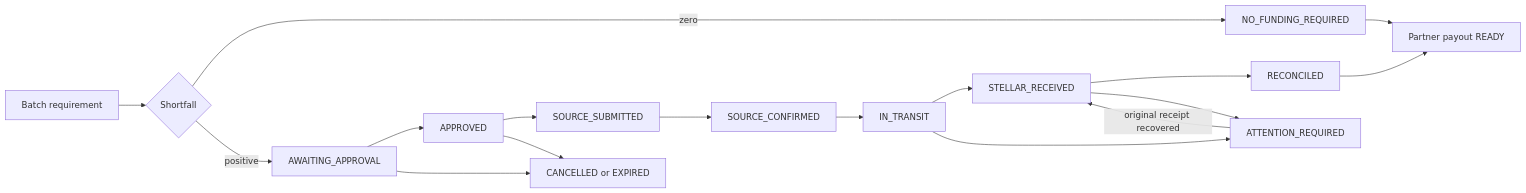
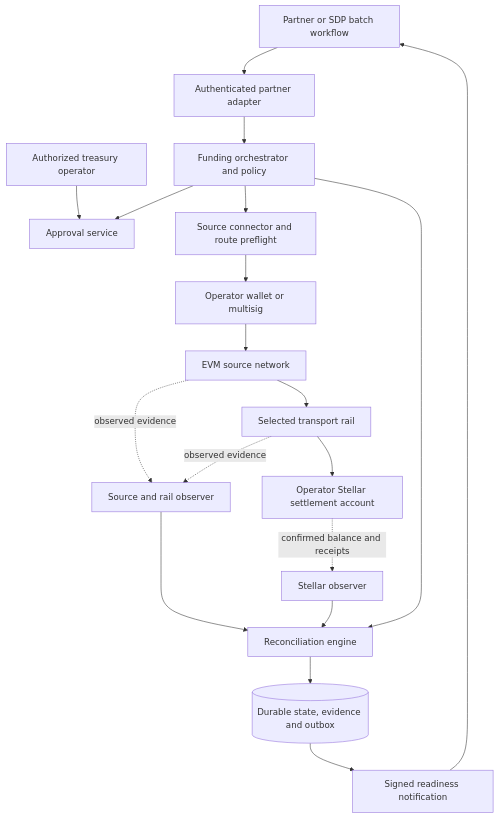
Before and after one commit to FLUX-STELLAR/Flux: the second of 4 diagrams in docs/ARCHITECTURE.md, drawn with Mermaid. The commit also changed other lines of this file and 3 other files, not shown here.

````diff
--- a/docs/ARCHITECTURE.md
+++ b/docs/ARCHITECTURE.md
@@ -29,19 +94,21 @@
 ```mermaid
-flowchart LR
-  A[Batch requirement] --> B{Shortfall}
-  B -->|zero| N[NO_FUNDING_REQUIRED]
-  B -->|positive| C[AWAITING_APPROVAL]
-  C --> D[APPROVED]
-  D --> E[SOURCE_SUBMITTED]
-  E --> F[SOURCE_CONFIRMED]
-  F --> G[IN_TRANSIT]
-  G --> H[STELLAR_RECEIVED]
-  H --> I[RECONCILED]
-  G --> J[ATTENTION_REQUIRED]
-  H --> J
-  J -->|original receipt recovered| H
-  C --> X[CANCELLED or EXPIRED]
-  D --> X
-  I --> P[Partner payout READY]
-  N --> P
+flowchart TB
+    Partner[Partner or SDP batch workflow] --> Adapter[Authenticated partner adapter]
+    Adapter --> Core[Funding orchestrator and policy]
+    Operator[Authorized treasury operator] --> Approval[Approval service]
+    Core --> Approval
+    Core --> Connector[Source connector and route preflight]
+    Connector --> Wallet[Operator wallet or multisig]
+    Wallet --> Source[EVM source network]
+    Source --> Transport[Selected transport rail]
+    Transport --> Account[Operator Stellar settlement account]
+    Source -. observed evidence .-> RailObserver[Source and rail observer]
+    Transport -. observed evidence .-> RailObserver
+    Account -. confirmed balance and receipts .-> StellarObserver[Stellar observer]
+    RailObserver --> Reconcile[Reconciliation engine]
+    StellarObserver --> Reconcile
+    Core --> Reconcile
+    Reconcile --> DB[(Durable state, evidence and outbox)]
+    DB --> Notify[Signed readiness notification]
+    Notify --> Partner
 ```
````
